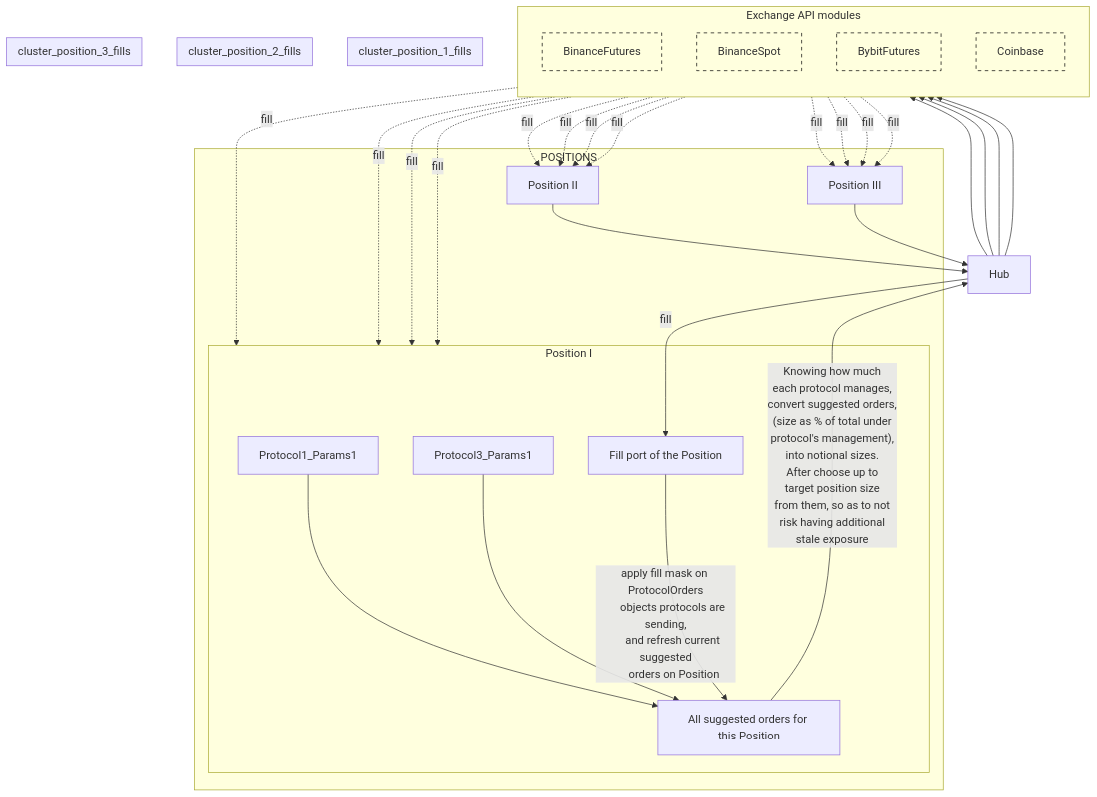
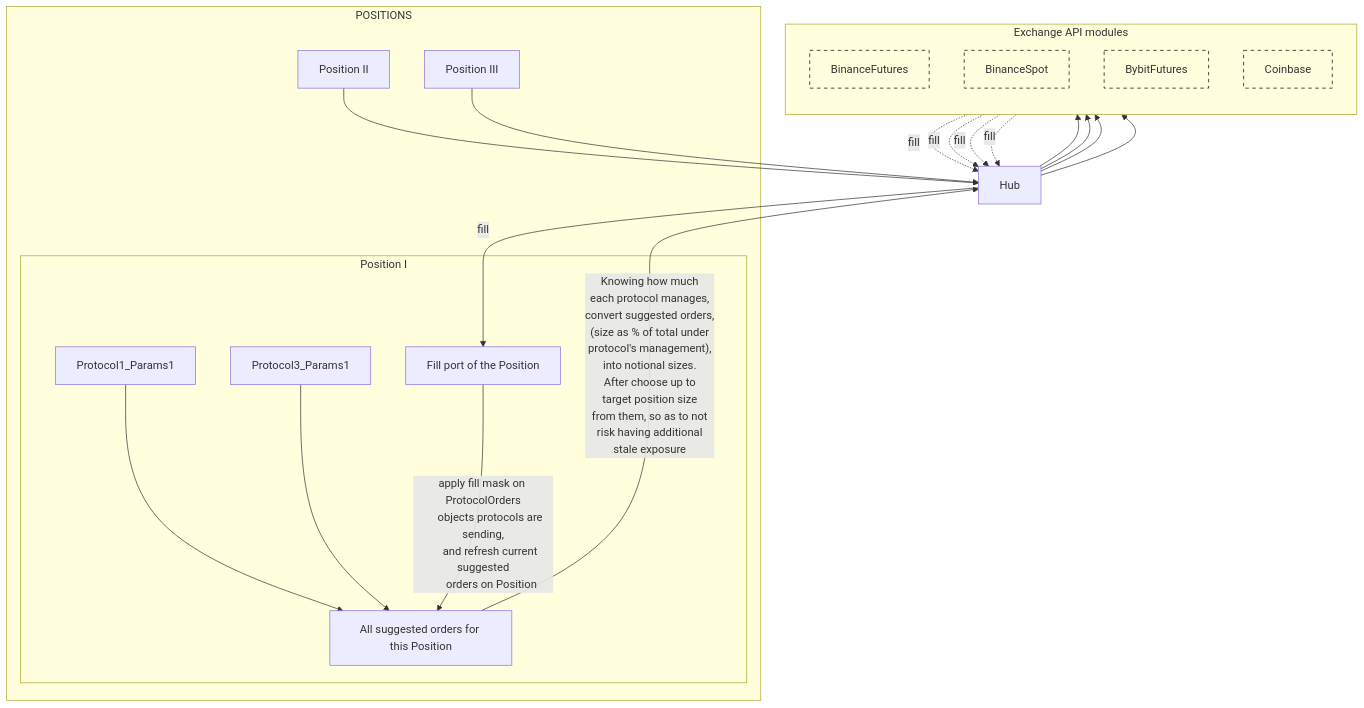
The diagram in docs/ARCHITECTURE.md (valeratrades/discretionary_engine), drawn with Mermaid before and after one commit. The commit also changed 4 other files, not shown here.

````diff
--- a/docs/ARCHITECTURE.md
+++ b/docs/ARCHITECTURE.md
@@ -2,78 +2,58 @@
 ```mermaid
 flowchart TD
   Hub["Hub"]
 
   subgraph positions ["POSITIONS"]
     subgraph cluster_position_1 ["Position I"]
       Protocol1_Params1 --> S
       Protocol3_Params1 --> S
 
       F --> |"apply fill mask on ProtocolOrders
       objects protocols are sending,
       and refresh current suggested
       orders on Position"| S
 
       S["All suggested orders for this Position"]
 
       F["Fill port of the Position"]
     end
     PositionII["Position II"]
     PositionIII["Position III"]
   end
   PositionII --> Hub
   PositionIII --> Hub
   S --> |"Knowing how much
   each protocol manages,
   convert suggested orders,
   (size as % of total under
   protocol's management),
   into notional sizes.
   After choose up to
   target position size
   from them, so as to not
   risk having additional
   stale exposure"| Hub
   Hub -->|"fill"| F
 
   subgraph cluster_exchanges ["Exchange API modules"]
     direction TB
     BinanceFutures
     BinanceSpot
     BybitFutures
     Coinbase
   end
 
   Hub --> BinanceFutures
   Hub --> BinanceSpot
   Hub --> BybitFutures
   Hub --> Coinbase
-
-  subgraph cluster_position_1_fills
-    direction TB
-    BinanceFutures -.->|"fill"| cluster_position_1
-    BinanceSpot -.->|"fill"| cluster_position_1
-    BybitFutures -.->|"fill"| cluster_position_1
-    Coinbase -.->|"fill"| cluster_position_1
-  end
+  BinanceFutures -.->|"fill"| Hub
+  BinanceSpot -.->|"fill"| Hub
+  BybitFutures -.->|"fill"| Hub
+  Coinbase -.->|"fill"| Hub
   
-  subgraph cluster_position_2_fills
-    direction TB
-    BinanceFutures -.->|"fill"| PositionII
-    BinanceSpot -.->|"fill"| PositionII
-    BybitFutures -.->|"fill"| PositionII
-    Coinbase -.->|"fill"| PositionII
-  end
-  
-  subgraph cluster_position_3_fills
-    direction TB
-    BinanceFutures -.->|"fill"| PositionIII
-    BinanceSpot -.->|"fill"| PositionIII
-    BybitFutures -.->|"fill"| PositionIII
-    Coinbase -.->|"fill"| PositionIII
-  end
-
   style BinanceFutures fill:none,stroke:#000,stroke-width:1,stroke-dasharray: 5
   style BinanceSpot fill:none,stroke:#000,stroke-width:1,stroke-dasharray: 5
   style BybitFutures fill:none,stroke:#000,stroke-width:1,stroke-dasharray: 5
   style Coinbase fill:none,stroke:#000,stroke-width:1,stroke-dasharray: 5
 ```
````
